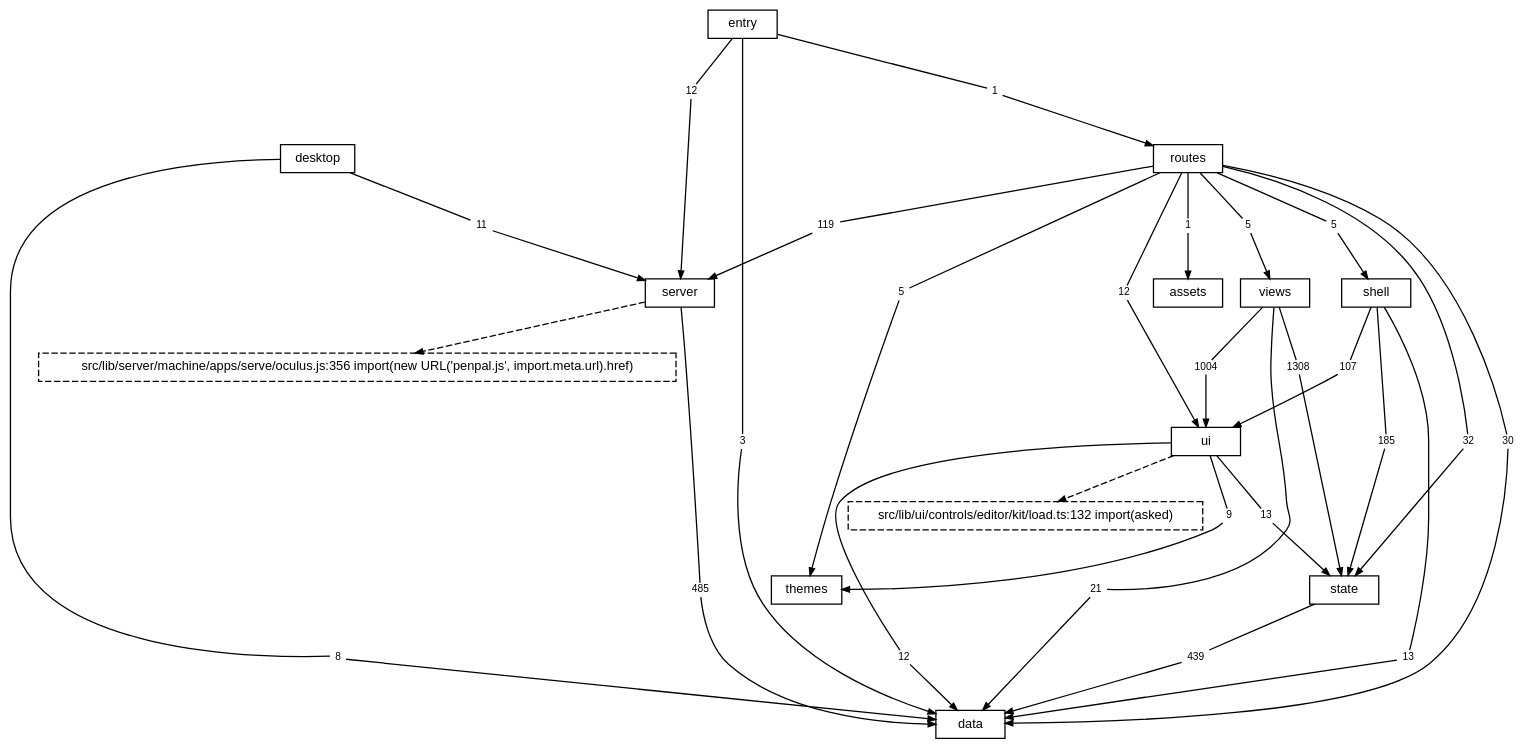
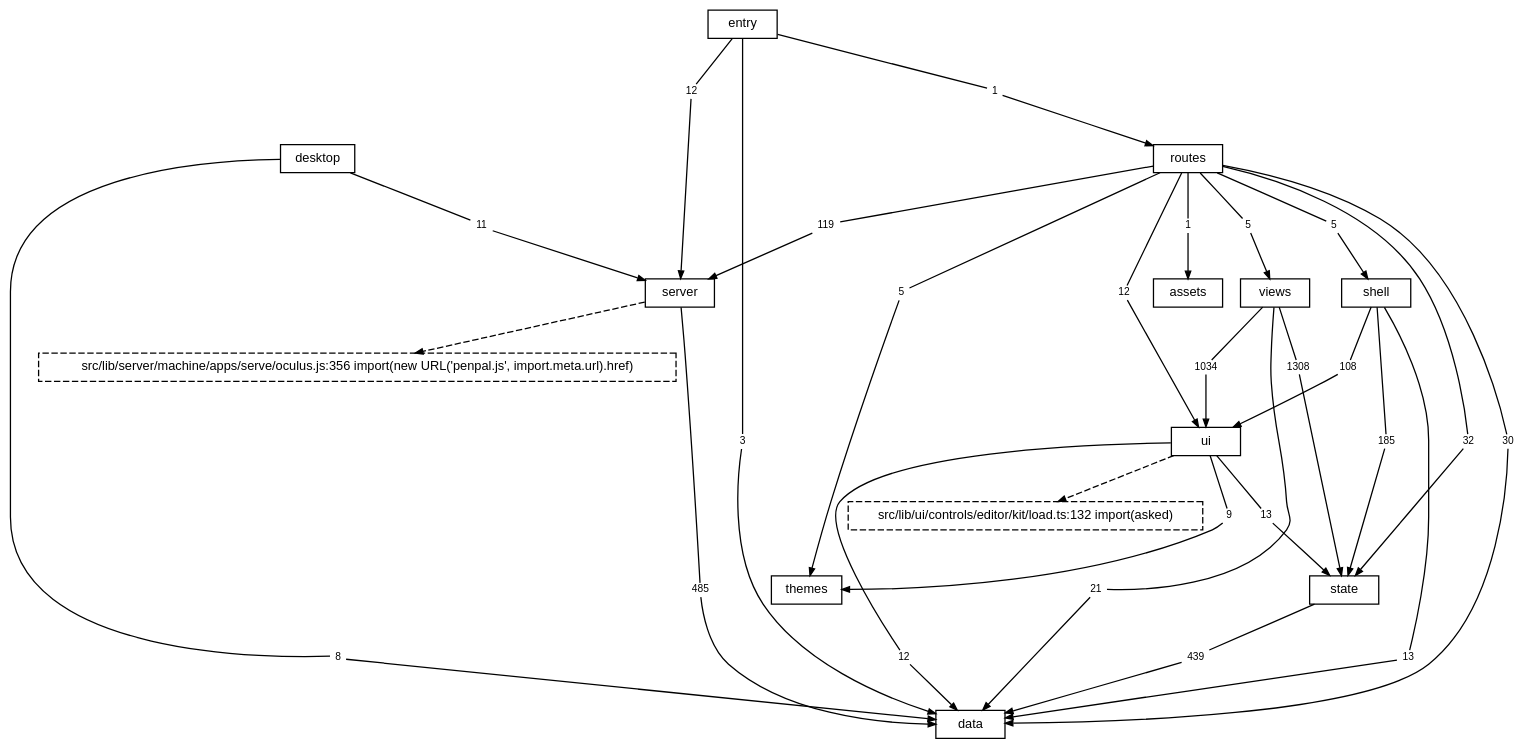
The diagram in docs/diagrams/layers.dot (TheAxeC/oculus), drawn with Graphviz before and after one commit. The commit also changed 94 other files, not shown here.

```diff
--- a/docs/diagrams/layers.dot
+++ b/docs/diagrams/layers.dot
@@ -1,92 +1,92 @@
 digraph layers {
     graph [bgcolor="transparent", rankdir=TB, newrank=true, fontname="Helvetica", fontsize=12, nodesep=0.2, ranksep=0.5];
     node [shape=box, color="black", fontcolor="black", fontname="Helvetica", fontsize=10, height=0.3, margin="0.12,0.04"];
     edge [color="black", fontcolor="black", fontname="Helvetica", fontsize=8, arrowsize=0.6];
     "data";
     "server";
     "state";
     "ui";
     "shell";
     "views";
     "themes";
     "routes";
     "desktop";
     "src" [label="entry"];
     "files: assets" [label="assets"];
     "? src/lib/server/machine/apps/serve/oculus.js:356" [label="src/lib/server/machine/apps/serve/oculus.js:356 import(new URL('penpal.js', import.meta.url).href)", style=dashed];
     "? src/lib/ui/controls/editor/kit/load.ts:132" [label="src/lib/ui/controls/editor/kit/load.ts:132 import(asked)", style=dashed];
     "desktop to data" [label="8", shape=box, color="transparent", fontsize=8, width=0, height=0, margin="0.04,0.02"];
     "desktop" -> "desktop to data" [arrowhead=none];
     "desktop to data" -> "data" [];
     "desktop to server" [label="11", shape=box, color="transparent", fontsize=8, width=0, height=0, margin="0.04,0.02"];
     "desktop" -> "desktop to server" [arrowhead=none];
     "desktop to server" -> "server" [];
     "routes to data" [label="30", shape=box, color="transparent", fontsize=8, width=0, height=0, margin="0.04,0.02"];
     "routes" -> "routes to data" [arrowhead=none];
     "routes to data" -> "data" [];
     "routes to files: assets" [label="1", shape=box, color="transparent", fontsize=8, width=0, height=0, margin="0.04,0.02"];
     "routes" -> "routes to files: assets" [arrowhead=none];
     "routes to files: assets" -> "files: assets" [];
     "routes to server" [label="119", shape=box, color="transparent", fontsize=8, width=0, height=0, margin="0.04,0.02"];
     "routes" -> "routes to server" [arrowhead=none];
     "routes to server" -> "server" [];
     "routes to shell" [label="5", shape=box, color="transparent", fontsize=8, width=0, height=0, margin="0.04,0.02"];
     "routes" -> "routes to shell" [arrowhead=none];
     "routes to shell" -> "shell" [];
     "routes to state" [label="32", shape=box, color="transparent", fontsize=8, width=0, height=0, margin="0.04,0.02"];
     "routes" -> "routes to state" [arrowhead=none];
     "routes to state" -> "state" [];
     "routes to themes" [label="5", shape=box, color="transparent", fontsize=8, width=0, height=0, margin="0.04,0.02"];
     "routes" -> "routes to themes" [arrowhead=none];
     "routes to themes" -> "themes" [];
     "routes to ui" [label="12", shape=box, color="transparent", fontsize=8, width=0, height=0, margin="0.04,0.02"];
     "routes" -> "routes to ui" [arrowhead=none];
     "routes to ui" -> "ui" [];
     "routes to views" [label="5", shape=box, color="transparent", fontsize=8, width=0, height=0, margin="0.04,0.02"];
     "routes" -> "routes to views" [arrowhead=none];
     "routes to views" -> "views" [];
     "server to data" [label="485", shape=box, color="transparent", fontsize=8, width=0, height=0, margin="0.04,0.02"];
     "server" -> "server to data" [arrowhead=none];
     "server to data" -> "data" [];
     "shell to data" [label="13", shape=box, color="transparent", fontsize=8, width=0, height=0, margin="0.04,0.02"];
     "shell" -> "shell to data" [arrowhead=none];
     "shell to data" -> "data" [];
     "shell to state" [label="185", shape=box, color="transparent", fontsize=8, width=0, height=0, margin="0.04,0.02"];
     "shell" -> "shell to state" [arrowhead=none];
     "shell to state" -> "state" [];
-    "shell to ui" [label="107", shape=box, color="transparent", fontsize=8, width=0, height=0, margin="0.04,0.02"];
+    "shell to ui" [label="108", shape=box, color="transparent", fontsize=8, width=0, height=0, margin="0.04,0.02"];
     "shell" -> "shell to ui" [arrowhead=none];
     "shell to ui" -> "ui" [];
     "src to data" [label="3", shape=box, color="transparent", fontsize=8, width=0, height=0, margin="0.04,0.02"];
     "src" -> "src to data" [arrowhead=none];
     "src to data" -> "data" [];
     "src to routes" [label="1", shape=box, color="transparent", fontsize=8, width=0, height=0, margin="0.04,0.02"];
     "src" -> "src to routes" [arrowhead=none];
     "src to routes" -> "routes" [];
     "src to server" [label="12", shape=box, color="transparent", fontsize=8, width=0, height=0, margin="0.04,0.02"];
     "src" -> "src to server" [arrowhead=none];
     "src to server" -> "server" [];
     "state to data" [label="439", shape=box, color="transparent", fontsize=8, width=0, height=0, margin="0.04,0.02"];
     "state" -> "state to data" [arrowhead=none];
     "state to data" -> "data" [];
     "ui to data" [label="12", shape=box, color="transparent", fontsize=8, width=0, height=0, margin="0.04,0.02"];
     "ui" -> "ui to data" [arrowhead=none];
     "ui to data" -> "data" [];
     "ui to state" [label="13", shape=box, color="transparent", fontsize=8, width=0, height=0, margin="0.04,0.02"];
     "ui" -> "ui to state" [arrowhead=none];
     "ui to state" -> "state" [];
     "ui to themes" [label="9", shape=box, color="transparent", fontsize=8, width=0, height=0, margin="0.04,0.02"];
     "ui" -> "ui to themes" [arrowhead=none];
     "ui to themes" -> "themes" [];
     "views to data" [label="21", shape=box, color="transparent", fontsize=8, width=0, height=0, margin="0.04,0.02"];
     "views" -> "views to data" [arrowhead=none];
     "views to data" -> "data" [];
     "views to state" [label="1308", shape=box, color="transparent", fontsize=8, width=0, height=0, margin="0.04,0.02"];
     "views" -> "views to state" [arrowhead=none];
     "views to state" -> "state" [];
-    "views to ui" [label="1004", shape=box, color="transparent", fontsize=8, width=0, height=0, margin="0.04,0.02"];
+    "views to ui" [label="1034", shape=box, color="transparent", fontsize=8, width=0, height=0, margin="0.04,0.02"];
     "views" -> "views to ui" [arrowhead=none];
     "views to ui" -> "ui" [];
     "server" -> "? src/lib/server/machine/apps/serve/oculus.js:356" [style=dashed];
     "ui" -> "? src/lib/ui/controls/editor/kit/load.ts:132" [style=dashed];
 }
```
